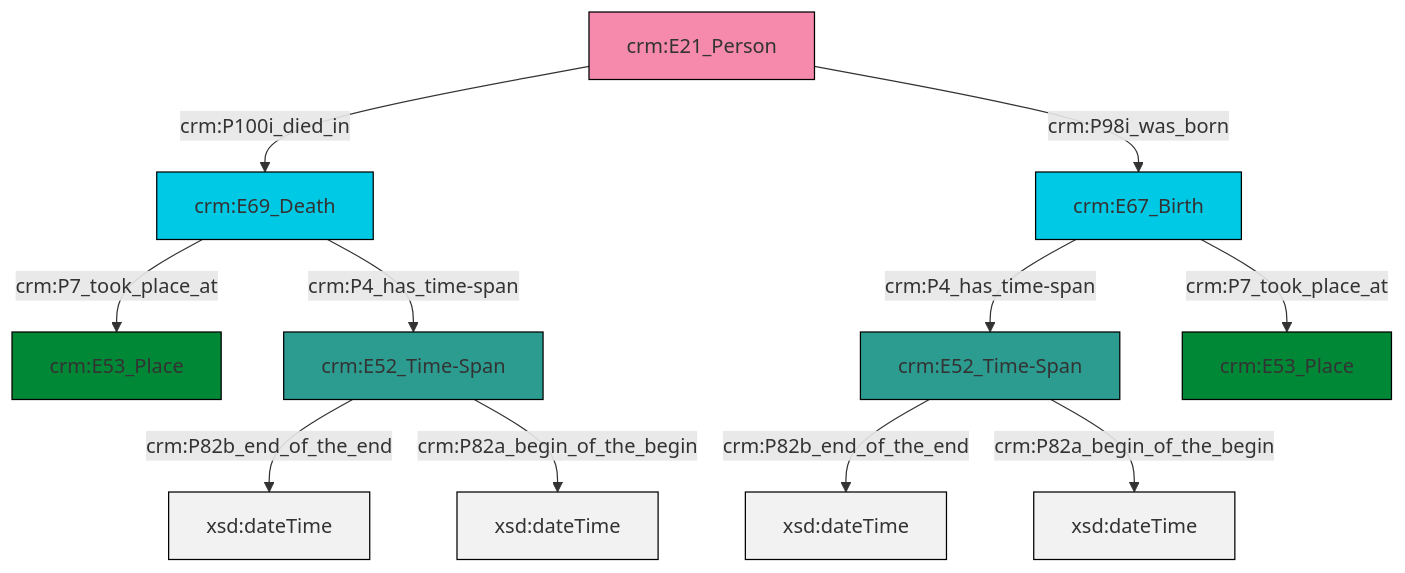
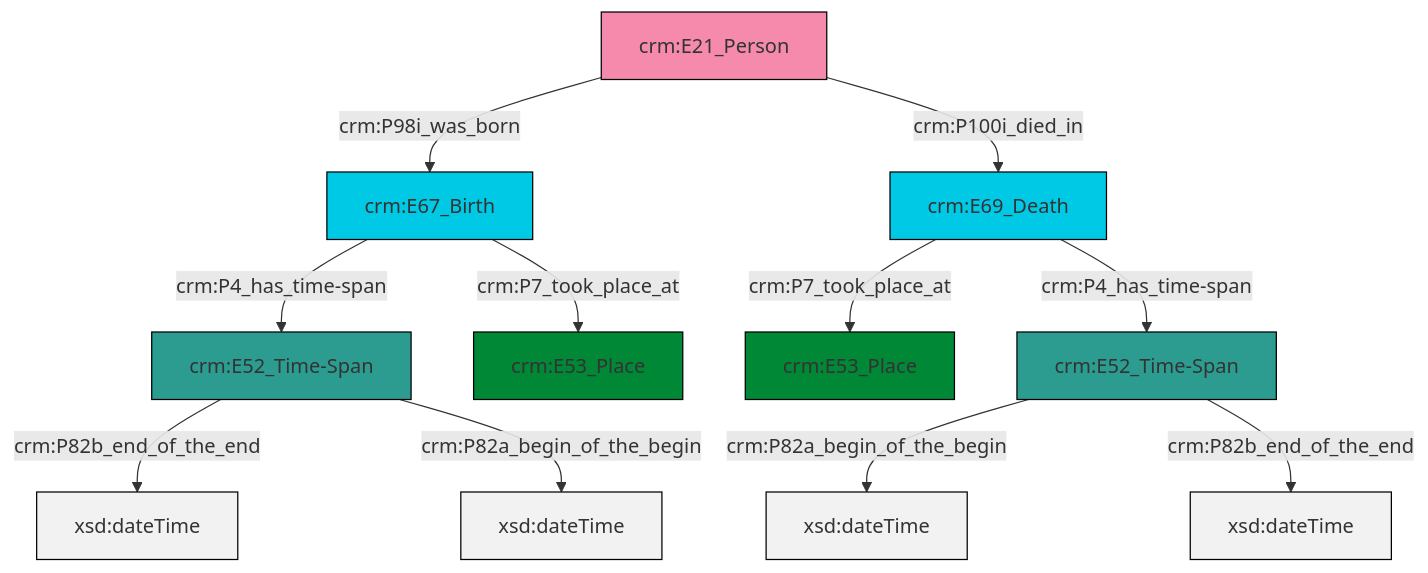
Before and after one commit to swiss-art-research-net/reference-data-models: the diagram in et/personCSV/ttl/mmd/Person_Existence.ttl.mmd, drawn with Mermaid. The commit also changed 128 other files, not shown here.

```diff
--- a/et/personCSV/ttl/mmd/Person_Existence.ttl.mmd
+++ b/et/personCSV/ttl/mmd/Person_Existence.ttl.mmd
@@ -1,25 +1,25 @@
 graph TD
 classDef Literal fill:#f2f2f2,stroke:#000000;
 classDef CRM_Entity fill:#FFFFFF,stroke:#000000;
 classDef Temporal_Entity fill:#00C9E6, stroke:#000000;
 classDef Type fill:#E18312, stroke:#000000;
 classDef Time-Span fill:#2C9C91, stroke:#000000;
 classDef Appellation fill:#FFEB7F, stroke:#000000;
 classDef Place fill:#008836, stroke:#000000;
 classDef Persistent_Item fill:#B266B2, stroke:#000000;
 classDef Conceptual_Object fill:#FFD700, stroke:#000000;
 classDef Physical_Thing fill:#D2B48C, stroke:#000000;
 classDef Actor fill:#f58aad, stroke:#000000;
 classDef PC_Classes fill:#4ce600, stroke:#000000;
 classDef Multi fill:#cccccc,stroke:#000000;
 
-2["crm:E69_Death"]:::Temporal_Entity -->|crm:P7_took_place_at| 3["crm:E53_Place"]:::Place
-4["crm:E21_Person"]:::Actor -->|crm:P100i_died_in| 2["crm:E69_Death"]:::Temporal_Entity
-6["crm:E52_Time-Span"]:::Time-Span -->|crm:P82b_end_of_the_end| 7[xsd:dateTime]:::Literal
-8["crm:E67_Birth"]:::Temporal_Entity -->|crm:P4_has_time-span| 6["crm:E52_Time-Span"]:::Time-Span
-4["crm:E21_Person"]:::Actor -->|crm:P98i_was_born| 8["crm:E67_Birth"]:::Temporal_Entity
-2["crm:E69_Death"]:::Temporal_Entity -->|crm:P4_has_time-span| 9["crm:E52_Time-Span"]:::Time-Span
-6["crm:E52_Time-Span"]:::Time-Span -->|crm:P82a_begin_of_the_begin| 12[xsd:dateTime]:::Literal
-9["crm:E52_Time-Span"]:::Time-Span -->|crm:P82b_end_of_the_end| 14[xsd:dateTime]:::Literal
-8["crm:E67_Birth"]:::Temporal_Entity -->|crm:P7_took_place_at| 0["crm:E53_Place"]:::Place
-9["crm:E52_Time-Span"]:::Time-Span -->|crm:P82a_begin_of_the_begin| 16[xsd:dateTime]:::Literal
+0["crm:E67_Birth"]:::Temporal_Entity -->|crm:P4_has_time-span| 2["crm:E52_Time-Span"]:::Time-Span
+5["crm:E21_Person"]:::Actor -->|crm:P98i_was_born| 0["crm:E67_Birth"]:::Temporal_Entity
+3["crm:E69_Death"]:::Temporal_Entity -->|crm:P7_took_place_at| 7["crm:E53_Place"]:::Place
+2["crm:E52_Time-Span"]:::Time-Span -->|crm:P82b_end_of_the_end| 8[xsd:dateTime]:::Literal
+9["crm:E52_Time-Span"]:::Time-Span -->|crm:P82a_begin_of_the_begin| 10[xsd:dateTime]:::Literal
+3["crm:E69_Death"]:::Temporal_Entity -->|crm:P4_has_time-span| 9["crm:E52_Time-Span"]:::Time-Span
+0["crm:E67_Birth"]:::Temporal_Entity -->|crm:P7_took_place_at| 12["crm:E53_Place"]:::Place
+5["crm:E21_Person"]:::Actor -->|crm:P100i_died_in| 3["crm:E69_Death"]:::Temporal_Entity
+9["crm:E52_Time-Span"]:::Time-Span -->|crm:P82b_end_of_the_end| 15[xsd:dateTime]:::Literal
+2["crm:E52_Time-Span"]:::Time-Span -->|crm:P82a_begin_of_the_begin| 16[xsd:dateTime]:::Literal
```
